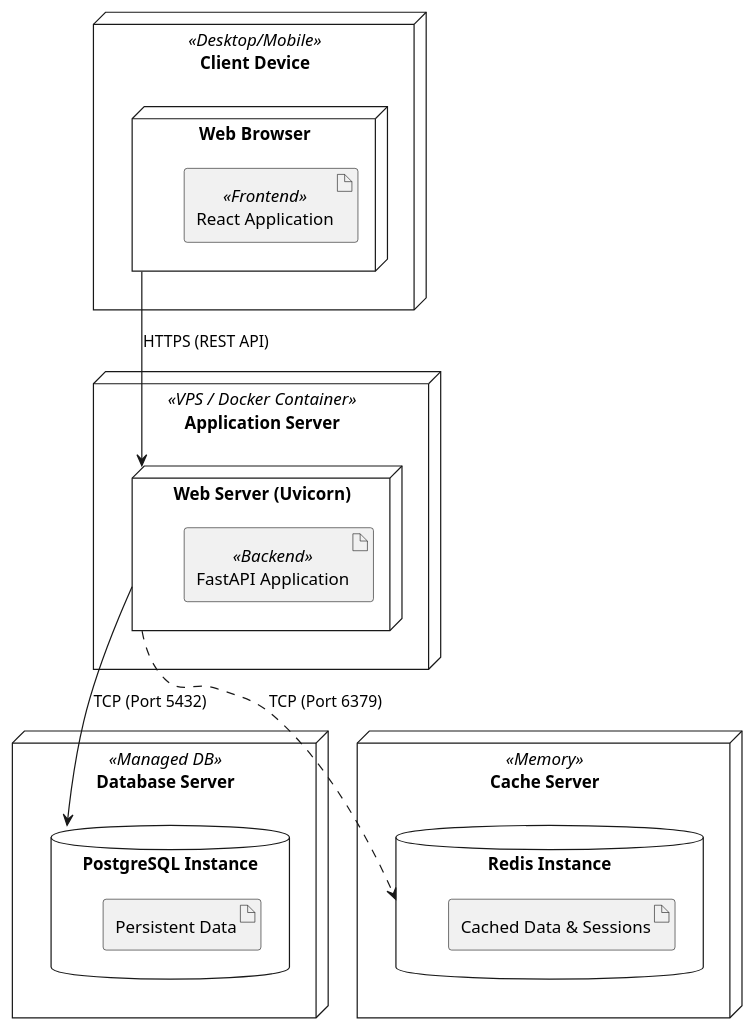
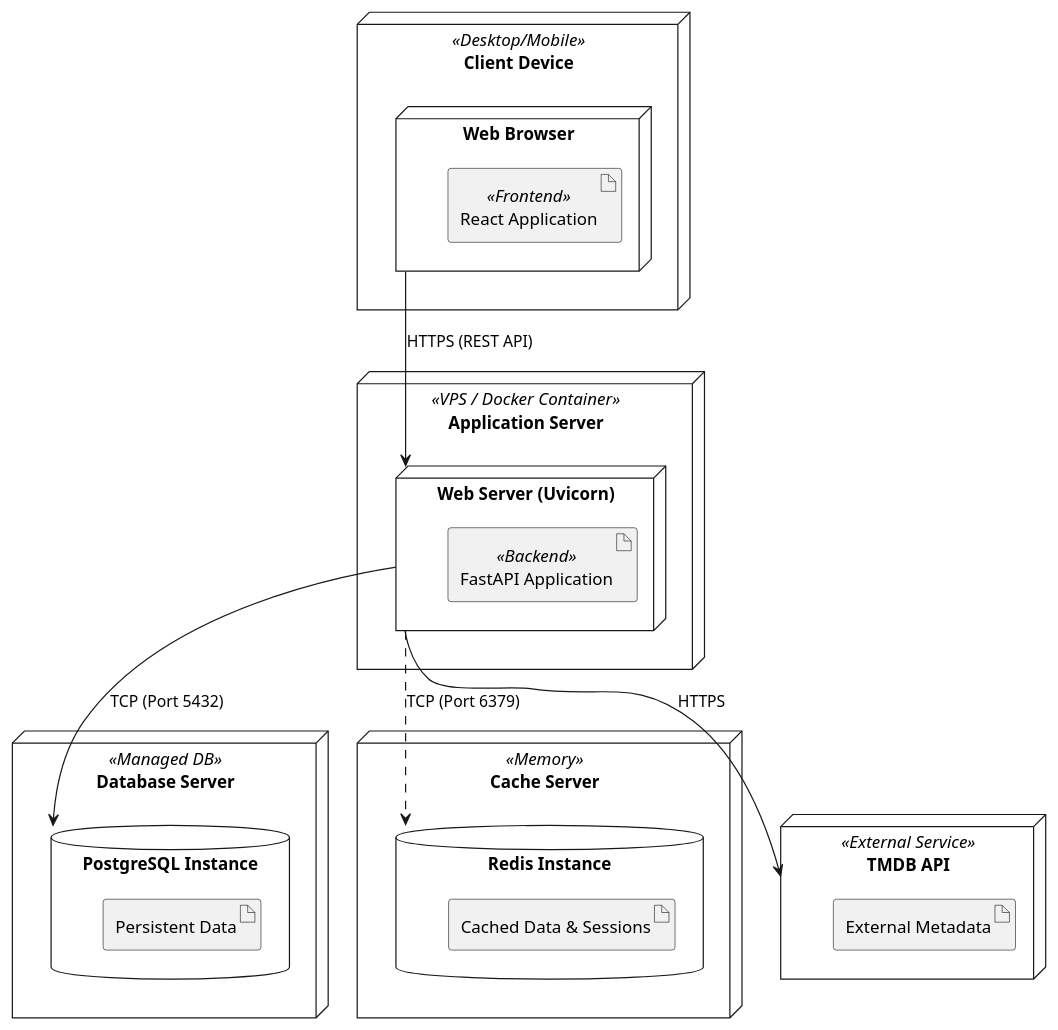
One commit to ukma-fin-ssdm-2026/ctrl-alt-defeat changed the diagram in docs/architecture/uml/deployment-diagram.puml. Above: the diagram before and after it, drawn with PlantUML.

Commit message:
Update deployment diagram with TMDB API details

```diff
--- a/docs/architecture/uml/deployment-diagram.puml
+++ b/docs/architecture/uml/deployment-diagram.puml
@@ -1,29 +1,34 @@
 @startuml
 node "Client Device" <<Desktop/Mobile>> {
     node "Web Browser" {
         artifact "React Application" <<Frontend>>
     }
 }
 
 node "Application Server" <<VPS / Docker Container>> {
     node "Web Server (Uvicorn)" {
         artifact "FastAPI Application" <<Backend>>
     }
 }
 
 node "Database Server" <<Managed DB>> {
     database "PostgreSQL Instance" {
         artifact "Persistent Data"
     }
 }
 
 node "Cache Server" <<Memory>> {
     database "Redis Instance" {
         artifact "Cached Data & Sessions"
     }
 }
 
+node "TMDB API" <<External Service>> {
+    artifact "External Metadata"
+}
+
 "Web Browser" --> "Web Server (Uvicorn)" : HTTPS (REST API)
 "Web Server (Uvicorn)" --> "PostgreSQL Instance" : TCP (Port 5432)
 "Web Server (Uvicorn)" ..> "Redis Instance" : TCP (Port 6379)
+"Web Server (Uvicorn)" --> "TMDB API" : HTTPS
 @enduml
```
